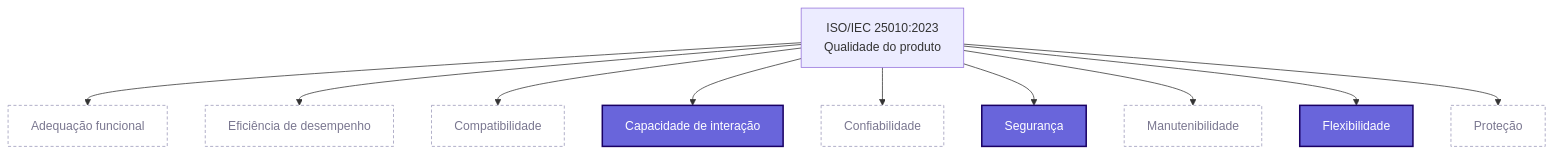
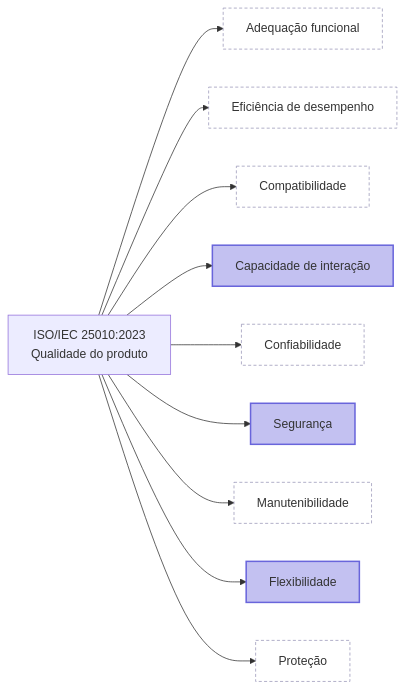
Before and after one commit to FCTE-Qualidade-de-Software-1/2026-2_T02_ADA_LOVELACE: the first of 2 diagrams in docs/fase1/modelo-qualidade.md, drawn with Mermaid. The commit also changed other lines of this file and 1 other file, not shown here.

Commit message:
fix: ajusta cores dos diagramas para leitura no modo escuro

````diff
--- a/docs/fase1/modelo-qualidade.md
+++ b/docs/fase1/modelo-qualidade.md
@@ -34,18 +34,18 @@
 ```mermaid
-flowchart TB
+flowchart LR
     M["ISO/IEC 25010:2023<br/>Qualidade do produto"]
     M --> AF["Adequação funcional"]
     M --> ED["Eficiência de desempenho"]
     M --> CO["Compatibilidade"]
     M --> CI["Capacidade de interação"]
     M --> CF["Confiabilidade"]
     M --> SE["Segurança"]
     M --> MA["Manutenibilidade"]
     M --> FL["Flexibilidade"]
     M --> PR["Proteção"]
 
-    classDef sel fill:#6965db,stroke:#190064,color:#ffffff,stroke-width:2px
-    classDef out fill:transparent,stroke:#9a97b8,color:#7a7790,stroke-dasharray:4 3
+    classDef sel fill:#6965db66,stroke:#6965db,stroke-width:2px
+    classDef out fill:transparent,stroke:#9a97b8,stroke-dasharray:4 3
     class SE,FL,CI sel
     class AF,ED,CO,CF,MA,PR out
 ```
````
